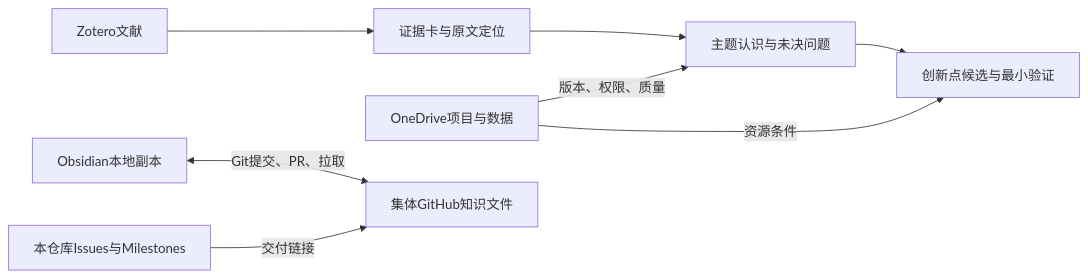
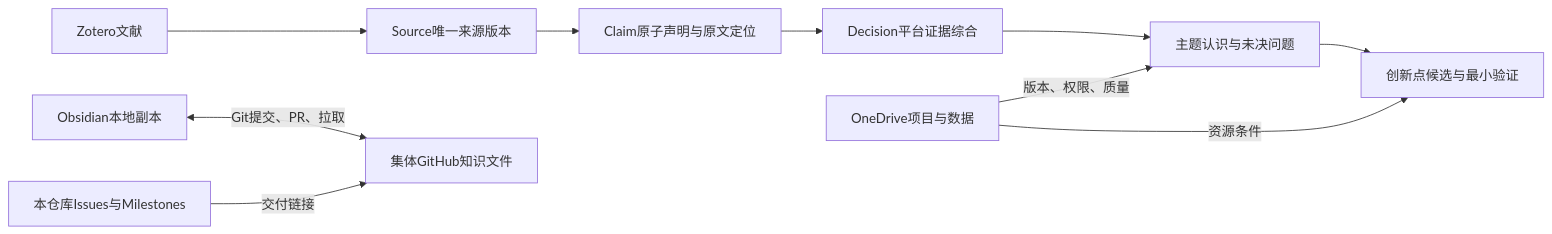
One commit to wangxinyu20429-dotcom/Water-Conservancy-Intelligent-Platform changed the second of 2 diagrams in docs/产品与流程/01_产品说明_V0.5.md. Above: the diagram before and after it, drawn with Mermaid. The commit also changed other lines of this file and 60 other files, not shown here.

````diff
--- a/docs/产品与流程/01_产品说明_V0.5.md
+++ b/docs/产品与流程/01_产品说明_V0.5.md
@@ -39,10 +39,12 @@
 ```mermaid
 flowchart LR
-Z[Zotero文献] --> C[证据卡与原文定位]
-C --> T[主题认识与未决问题]
+Z[Zotero文献] --> S[Source唯一来源版本]
+S --> C[Claim原子声明与原文定位]
+C --> D[Decision平台证据综合]
+D --> T[主题认识与未决问题]
 T --> I[创新点候选与最小验证]
 O[OneDrive项目与数据] -->|版本、权限、质量| T
 O -->|资源条件| I
 W[Obsidian本地副本] <-->|Git提交、PR、拉取| G[集体GitHub知识文件]
 P[本仓库Issues与Milestones] -->|交付链接| G
 ```
````
